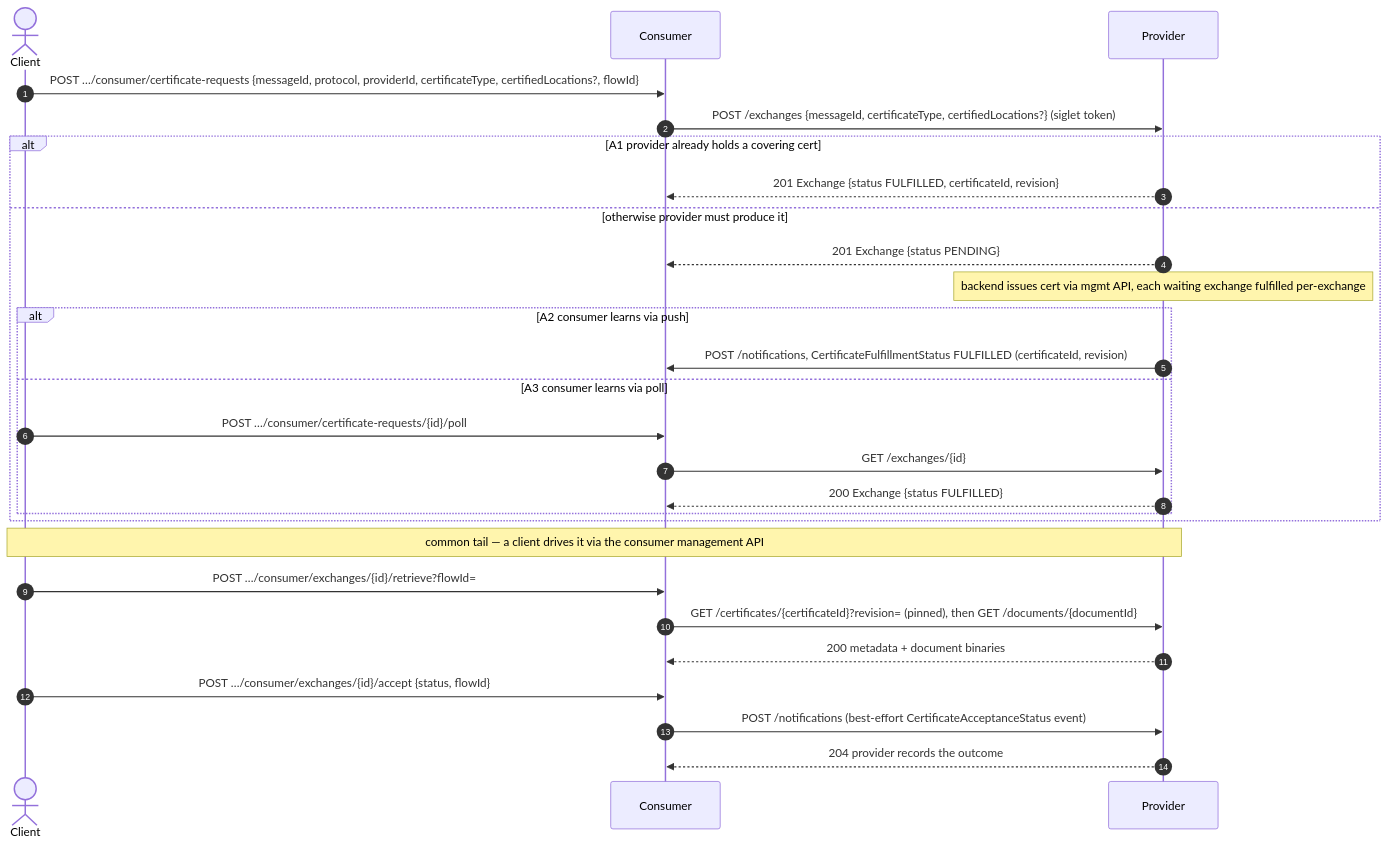
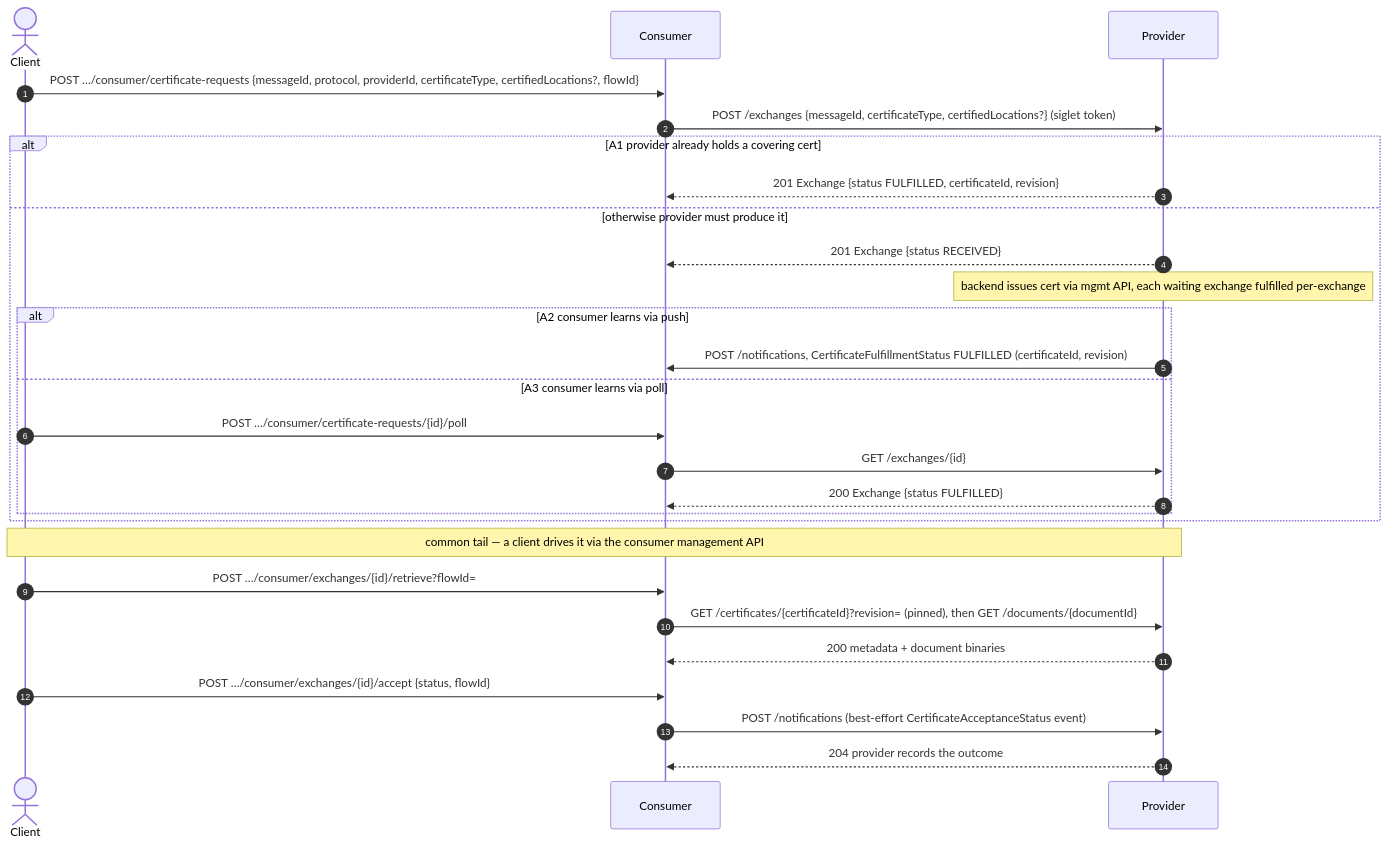
Before and after one commit to Metaform/certo: the second of 5 diagrams in docs/FLOWS.md, drawn with Mermaid. The commit also changed other lines of this file and 25 other files, not shown here.

Commit message:
feat: rename pending to received

````diff
--- a/docs/FLOWS.md
+++ b/docs/FLOWS.md
@@ -83,29 +83,29 @@
 ```mermaid
 sequenceDiagram
     autonumber
     actor T as Client
     participant C as Consumer
     participant P as Provider
     T->>C: POST …/consumer/certificate-requests {messageId, protocol, providerId, certificateType, certifiedLocations?, flowId}
     C->>P: POST /exchanges {messageId, certificateType, certifiedLocations?} (siglet token)
     alt A1 provider already holds a covering cert
         P-->>C: 201 Exchange {status FULFILLED, certificateId, revision}
     else otherwise provider must produce it
-        P-->>C: 201 Exchange {status PENDING}
+        P-->>C: 201 Exchange {status RECEIVED}
         Note over P: backend issues cert via mgmt API, each waiting exchange fulfilled per-exchange
         alt A2 consumer learns via push
             P->>C: POST /notifications, CertificateFulfillmentStatus FULFILLED (certificateId, revision)
         else A3 consumer learns via poll
             T->>C: POST …/consumer/certificate-requests/{id}/poll
             C->>P: GET /exchanges/{id}
             P-->>C: 200 Exchange {status FULFILLED}
         end
     end
     Note over T,P: common tail — a client drives it via the consumer management API
     T->>C: POST …/consumer/exchanges/{id}/retrieve?flowId=
     C->>P: GET /certificates/{certificateId}?revision= (pinned), then GET /documents/{documentId}
     P-->>C: 200 metadata + document binaries
     T->>C: POST …/consumer/exchanges/{id}/accept {status, flowId}
     C->>P: POST /notifications (best-effort CertificateAcceptanceStatus event)
     P-->>C: 204 provider records the outcome
 ```
````
